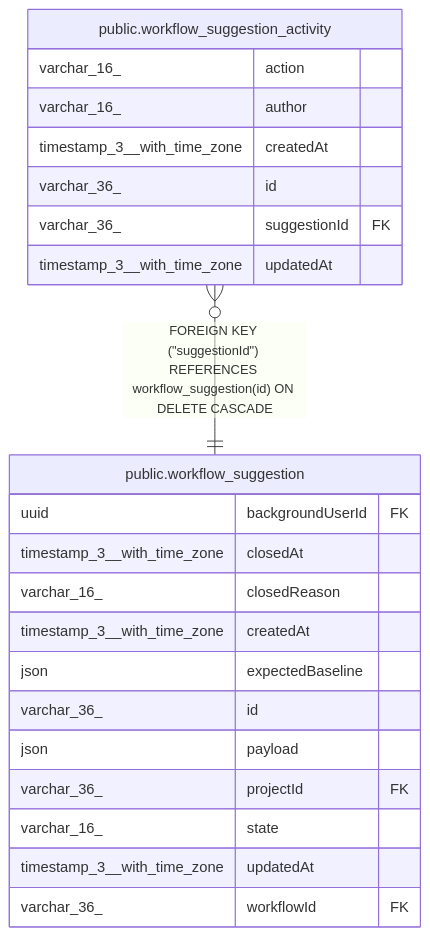
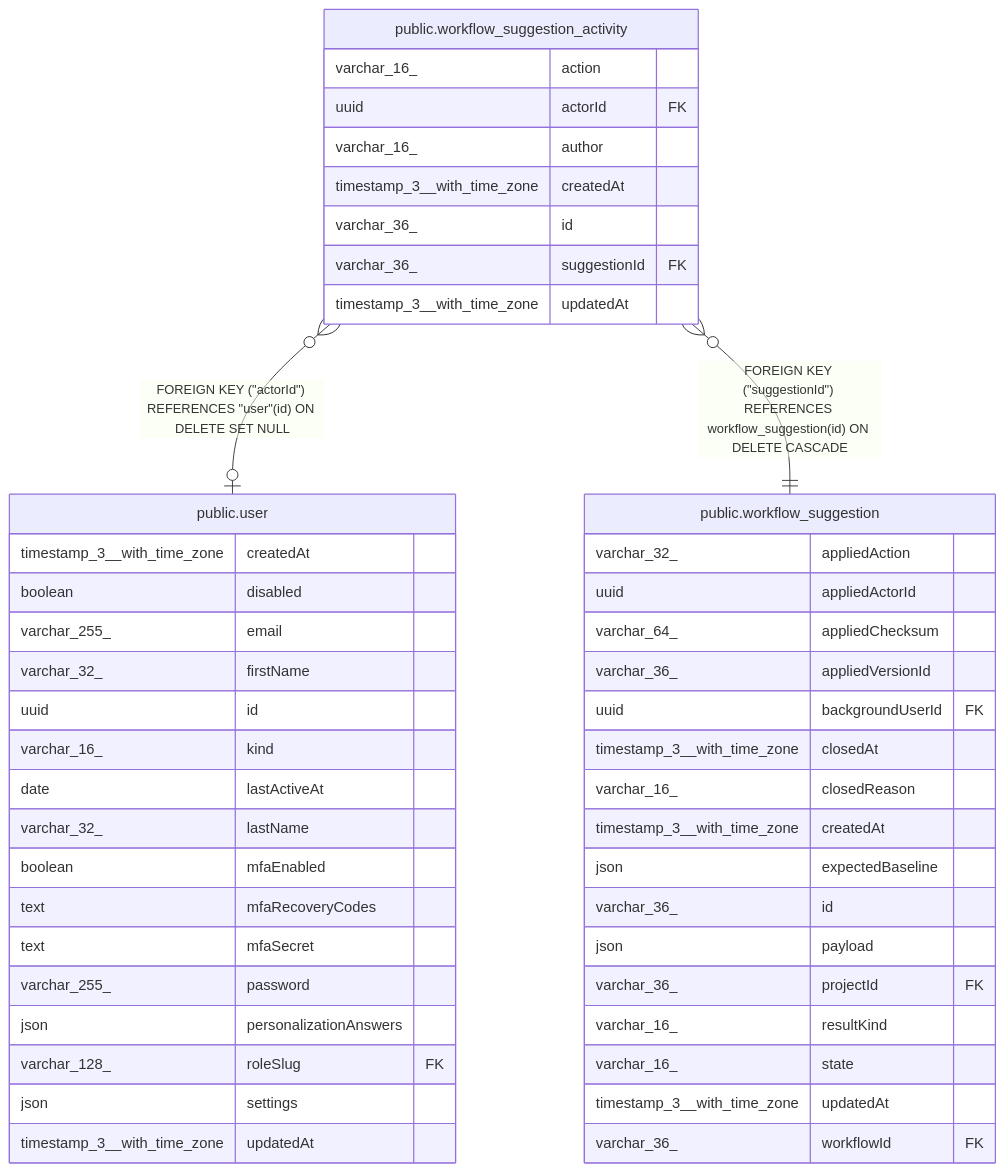
One commit to sreent/n8n changed the diagram in docs/generated/postgres-schema/public.workflow_suggestion_activity.md. Above: the diagram before and after it, drawn with Mermaid. The commit also changed other lines of this file and 7993 other files, not shown here.

````diff
--- a/docs/generated/postgres-schema/public.workflow_suggestion_activity.md
+++ b/docs/generated/postgres-schema/public.workflow_suggestion_activity.md
@@ -38,27 +41,52 @@
 ```mermaid
 erDiagram
 
+"public.workflow_suggestion_activity" }o--o| "public.user" : "FOREIGN KEY (#quot;actorId#quot;) REFERENCES #quot;user#quot;(id) ON DELETE SET NULL"
 "public.workflow_suggestion_activity" }o--|| "public.workflow_suggestion" : "FOREIGN KEY (#quot;suggestionId#quot;) REFERENCES workflow_suggestion(id) ON DELETE CASCADE"
 
 "public.workflow_suggestion_activity" {
   varchar_16_ action
+  uuid actorId FK
   varchar_16_ author
   timestamp_3__with_time_zone createdAt
   varchar_36_ id
   varchar_36_ suggestionId FK
   timestamp_3__with_time_zone updatedAt
 }
+"public.user" {
+  timestamp_3__with_time_zone createdAt
+  boolean disabled
+  varchar_255_ email
+  varchar_32_ firstName
+  uuid id
+  varchar_16_ kind
+  date lastActiveAt
+  varchar_32_ lastName
+  boolean mfaEnabled
+  text mfaRecoveryCodes
+  text mfaSecret
+  varchar_255_ password
+  json personalizationAnswers
+  varchar_128_ roleSlug FK
+  json settings
+  timestamp_3__with_time_zone updatedAt
+}
 "public.workflow_suggestion" {
+  varchar_32_ appliedAction
+  uuid appliedActorId
+  varchar_64_ appliedChecksum
+  varchar_36_ appliedVersionId
   uuid backgroundUserId FK
   timestamp_3__with_time_zone closedAt
   varchar_16_ closedReason
   timestamp_3__with_time_zone createdAt
   json expectedBaseline
   varchar_36_ id
   json payload
   varchar_36_ projectId FK
+  varchar_16_ resultKind
   varchar_16_ state
   timestamp_3__with_time_zone updatedAt
   varchar_36_ workflowId FK
 }
 ```
````
